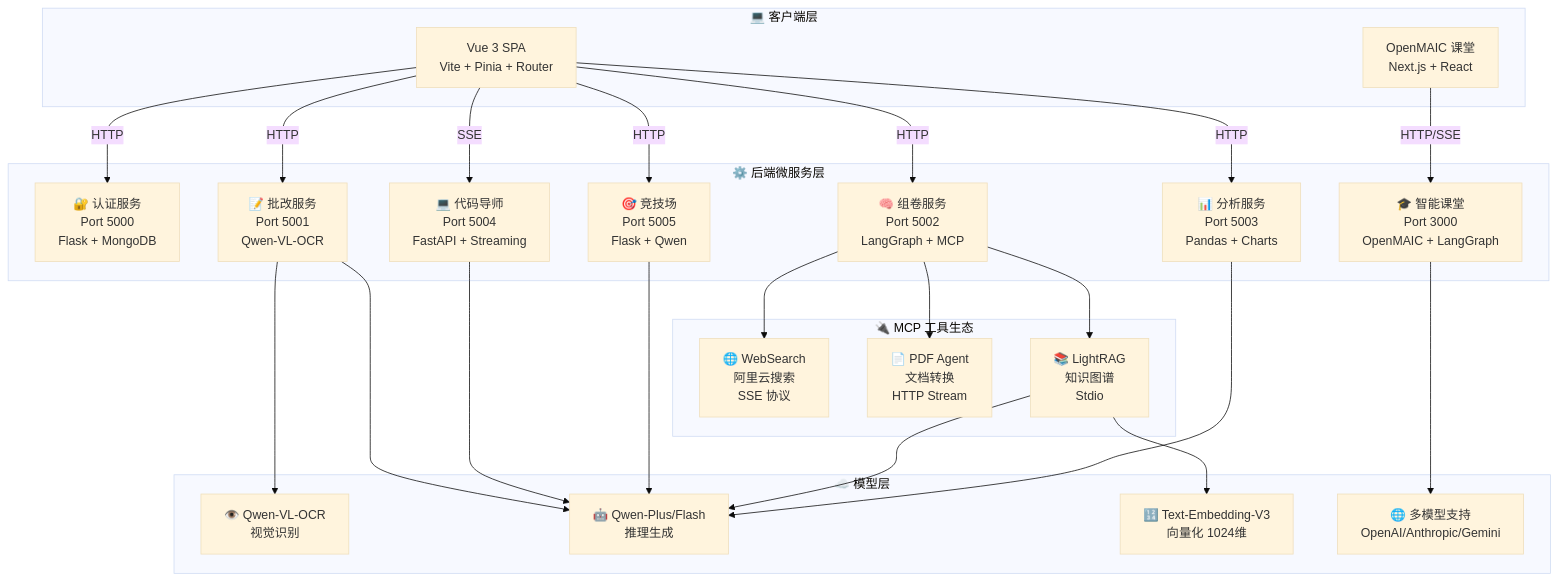
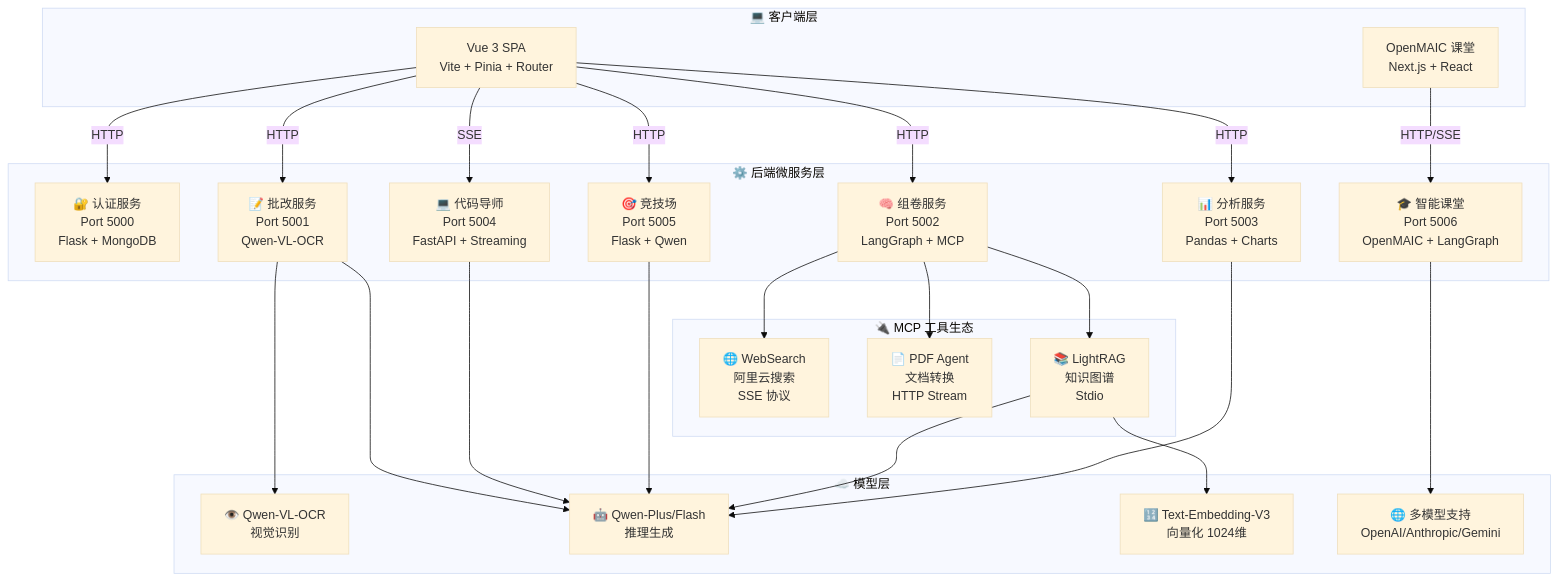
The second of 2 diagrams in README.md (abaiar/Teacher_Assistant_AI), drawn with Mermaid (base theme) before and after one commit. The commit also changed other lines of this file and 1 other file, not shown here.

Commit message:
fix: 修正 OpenMAIC 服务端口号为 5006，添加一键启动说明

````diff
--- a/README.md
+++ b/README.md
@@ -295,53 +295,53 @@
 ```mermaid
 graph TD
     subgraph "💻 客户端层"
         A[Vue 3 SPA<br/>Vite + Pinia + Router]
         A2[OpenMAIC 课堂<br/>Next.js + React]
     end
 
     subgraph "⚙️ 后端微服务层"
         B1[🔐 认证服务<br/>Port 5000<br/>Flask + MongoDB]
         B2[📝 批改服务<br/>Port 5001<br/>Qwen-VL-OCR]
         B3[🧠 组卷服务<br/>Port 5002<br/>LangGraph + MCP]
         B4[📊 分析服务<br/>Port 5003<br/>Pandas + Charts]
         B5[💻 代码导师<br/>Port 5004<br/>FastAPI + Streaming]
         B6[🎯 竞技场<br/>Port 5005<br/>Flask + Qwen]
-        B7[🎓 智能课堂<br/>Port 3000<br/>OpenMAIC + LangGraph]
+        B7[🎓 智能课堂<br/>Port 5006<br/>OpenMAIC + LangGraph]
     end
 
     subgraph "🔌 MCP 工具生态"
         C1[🌐 WebSearch<br/>阿里云搜索<br/>SSE 协议]
         C2[📄 PDF Agent<br/>文档转换<br/>HTTP Stream]
         C3[📚 LightRAG<br/>知识图谱<br/>Stdio]
     end
 
     subgraph "☁️ 模型层"
         D1[👁️ Qwen-VL-OCR<br/>视觉识别]
         D2[🤖 Qwen-Plus/Flash<br/>推理生成]
         D3[🔢 Text-Embedding-V3<br/>向量化 1024维]
         D4[🌐 多模型支持<br/>OpenAI/Anthropic/Gemini]
     end
 
     A -->|HTTP| B1
     A -->|HTTP| B2
     A -->|HTTP| B3
     A -->|HTTP| B4
     A -->|SSE| B5
     A -->|HTTP| B6
     A2 -->|HTTP/SSE| B7
 
     B2 --> D1
     B2 --> D2
     B5 --> D2
     B6 --> D2
     B7 --> D4
 
     B3 --> C1
     B3 --> C2
     B3 --> C3
     
     C3 --> D3
     C3 --> D2
 
     B4 --> D2
 ```
````
